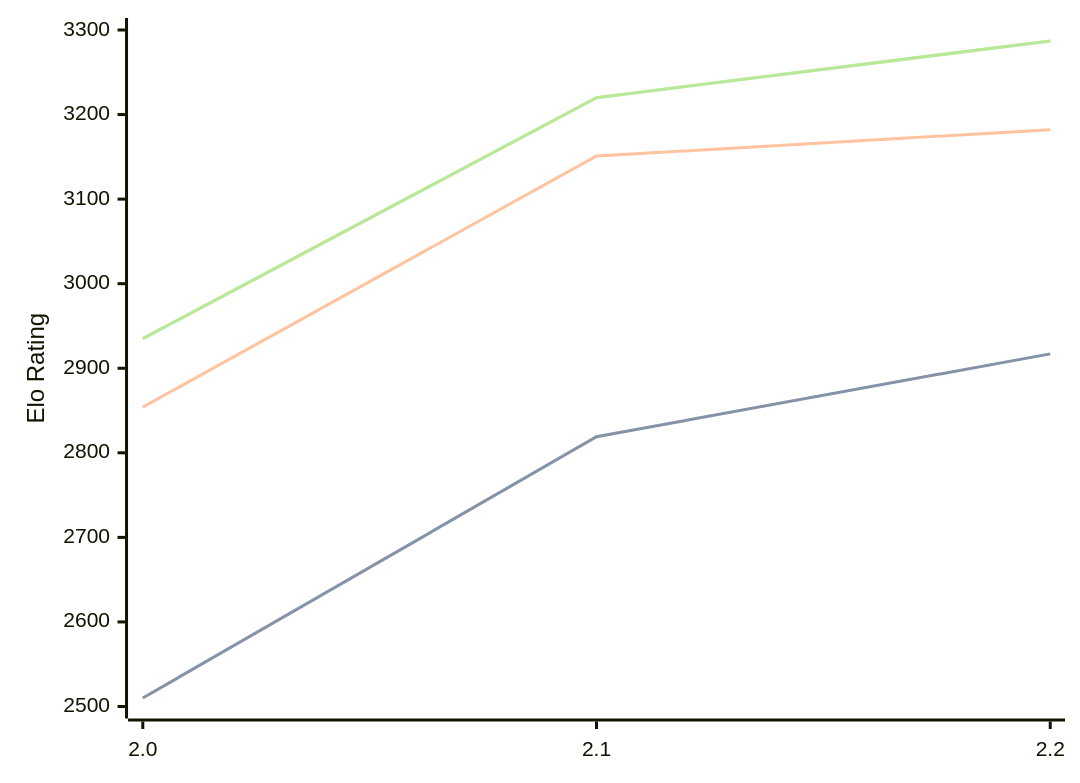
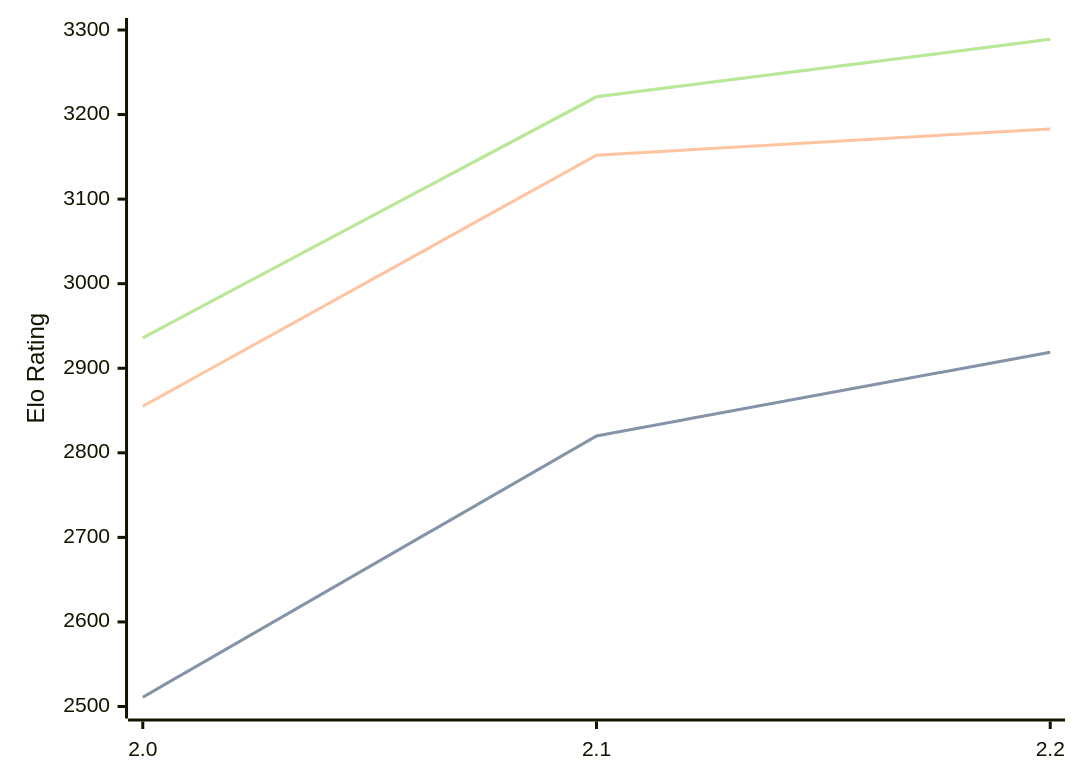
The diagram in engines/Tunguska.md (computer-chess-index/cci), drawn with Mermaid before and after one commit. The commit also changed other lines of this file, not shown here.

Commit message:
Update CCI Ratings (ELO VLTC) - 2026-10-09

````diff
--- a/engines/Tunguska.md
+++ b/engines/Tunguska.md
@@ -33,11 +33,11 @@
 ```mermaid
 %%{init: {"theme":"base","themeVariables":{"seriesColors:['#a3a3a3','#222221','#faa371']}}}%%
 xychart-beta
   x-axis ["2.0", "2.1", "2.2"]
   y-axis "Elo Rating" 2500 --> 3300
-  line "" [2510, 2819, 2917]
-  line "STC (8.0+0.08s)" [2510, 2819, 2917]
-  line "LTC (60.0+0.60s)" [2854, 3151, 3182]
-  line "" [2935, 3220, 3287]
-  line "VLTC (2m24s+1.12s)" [2935, 3220, 3287]
+  line "" [2511, 2820, 2919]
+  line "STC (8.0+0.08s)" [2511, 2820, 2919]
+  line "LTC (60.0+0.60s)" [2855, 3152, 3183]
+  line "" [2936, 3221, 3289]
+  line "VLTC (2m24s+1.12s)" [2936, 3221, 3289]
 ```
````
